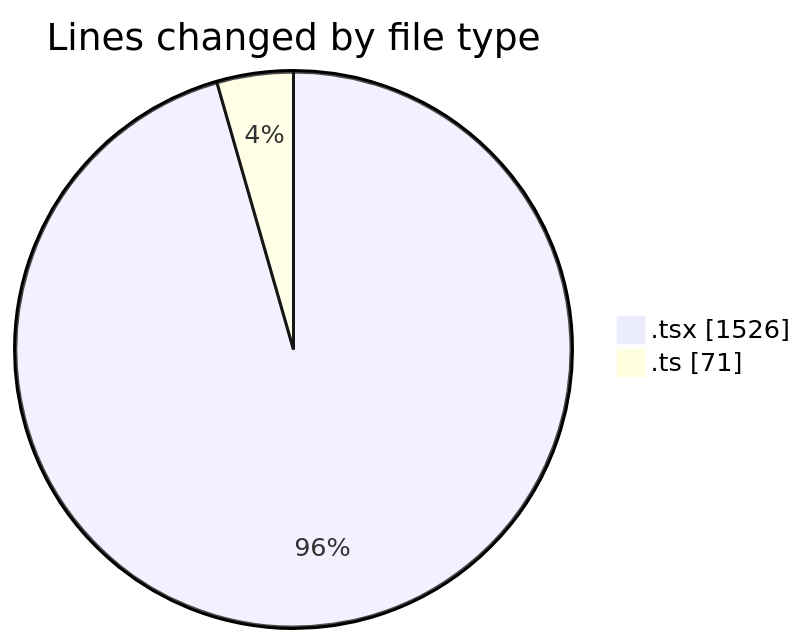
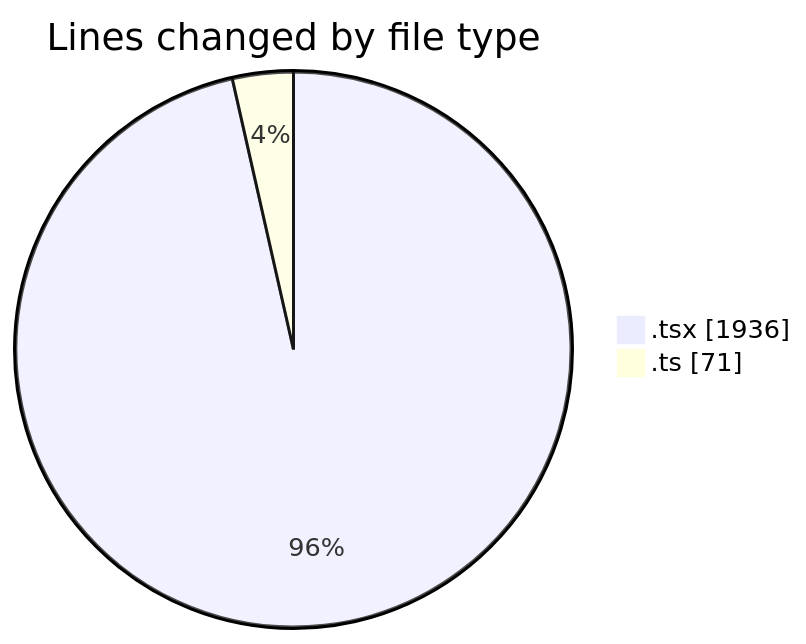
Before and after one commit to momahboobian/code-tracking: the first of 2 diagrams in 2025-02-11/cda/README.md, drawn with Mermaid. The commit also changed other lines of this file and 1 other file, not shown here.

````diff
--- a/2025-02-11/cda/README.md
+++ b/2025-02-11/cda/README.md
@@ -23,6 +23,6 @@
 ```mermaid
 pie showData
 title Lines changed by file type
-".tsx" : 1526
+".tsx" : 1936
 ".ts" : 71
 ```
````
